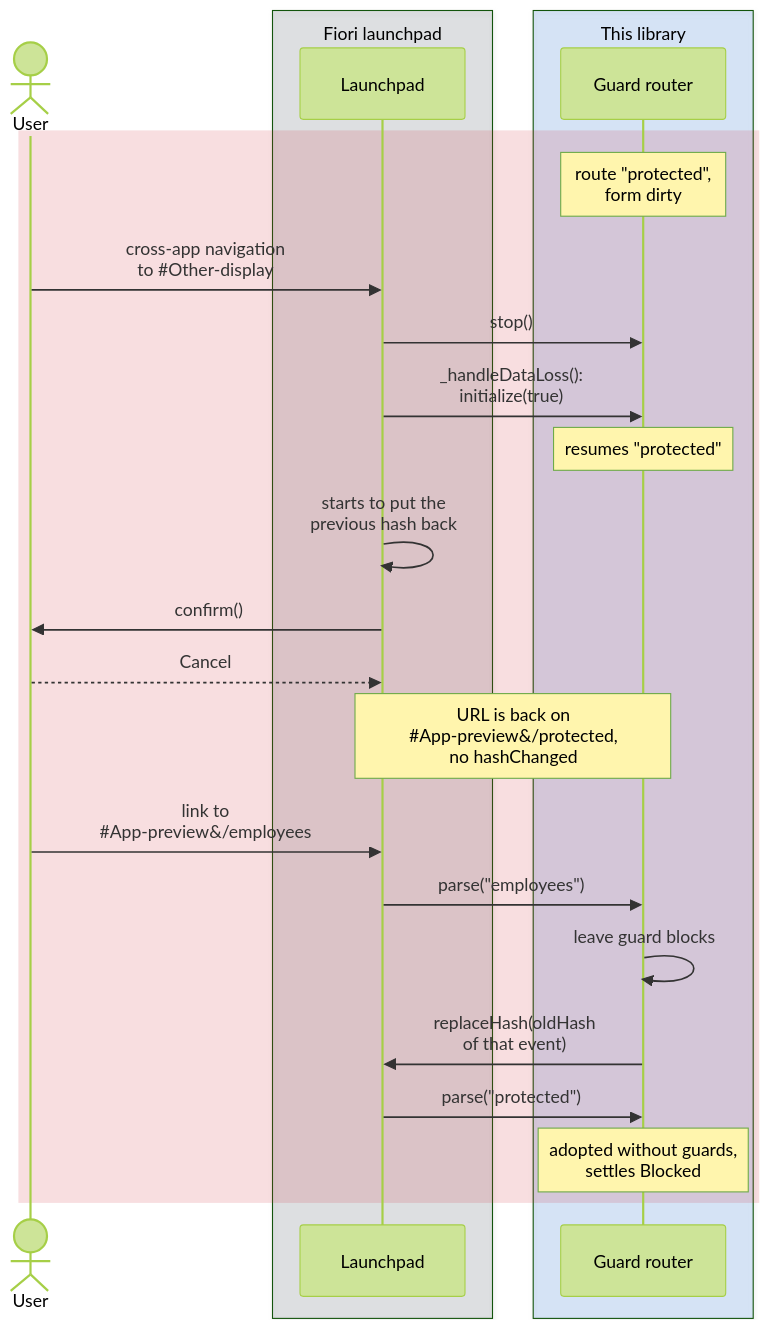
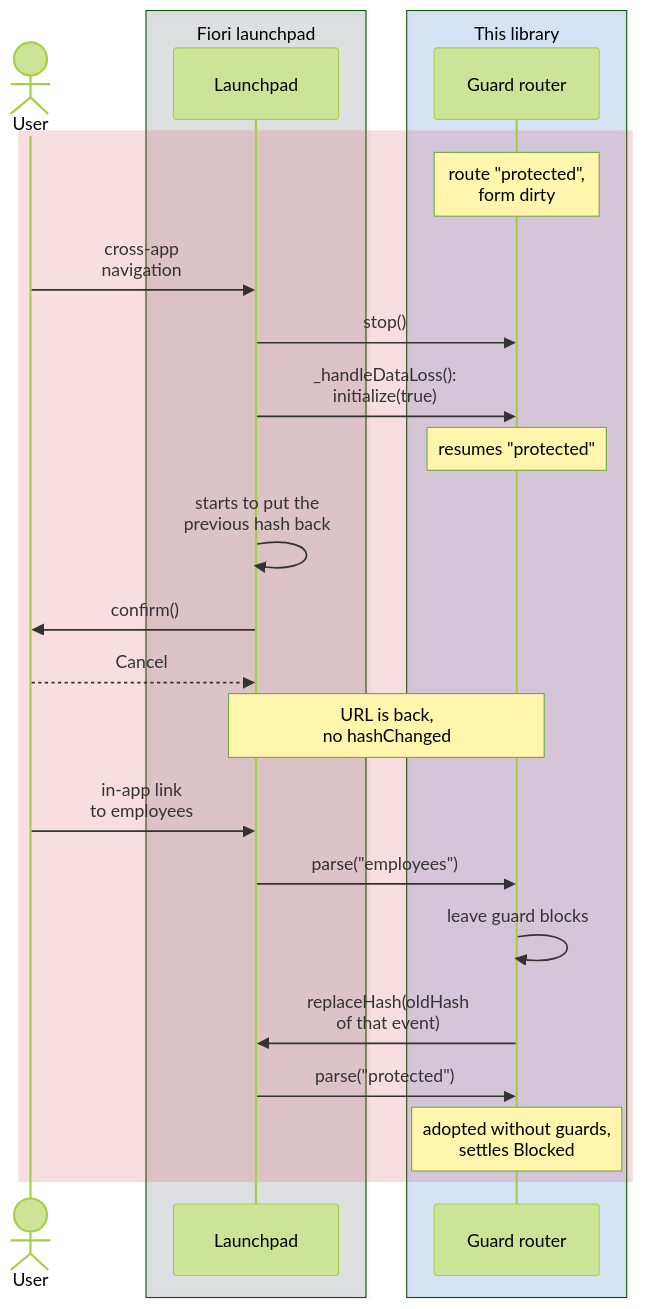
Before and after one commit to wridgeu/ui5-lib-guard-router: the eighth of 12 diagrams in docs/reference/architecture.md, drawn with Mermaid (forest theme). The commit also changed other lines of this file, not shown here.

````diff
--- a/docs/reference/architecture.md
+++ b/docs/reference/architecture.md
@@ -886,27 +886,27 @@
 ```mermaid
 sequenceDiagram
     actor User
     box rgba(110, 119, 129, 0.2) Fiori launchpad
         participant Shell as Launchpad
     end
     box rgba(9, 105, 218, 0.15) This library
         participant Router as Guard router
     end
     rect rgba(207, 34, 46, 0.15)
         Note over Router: route "protected",<br/>form dirty
-        User->>Shell: cross-app navigation<br/>to #35;Other-display
+        User->>Shell: cross-app<br/>navigation
         Shell->>Router: stop()
         Shell->>Router: _handleDataLoss():<br/>initialize(true)
         Note over Router: resumes "protected"
         Shell->>Shell: starts to put the<br/>previous hash back
         Shell->>User: confirm()
         User-->>Shell: Cancel
-        Note over Shell,Router: URL is back on<br/>#35;App-preview&/protected,<br/>no hashChanged
-        User->>Shell: link to<br/>#35;App-preview&/employees
+        Note over Shell,Router: URL is back,<br/>no hashChanged
+        User->>Shell: in-app link<br/>to employees
         Shell->>Router: parse("employees")
         Router->>Router: leave guard blocks
         Router->>Shell: replaceHash(oldHash<br/>of that event)
         Shell->>Router: parse("protected")
         Note over Router: adopted without guards,<br/>settles Blocked
     end
 ```
````
